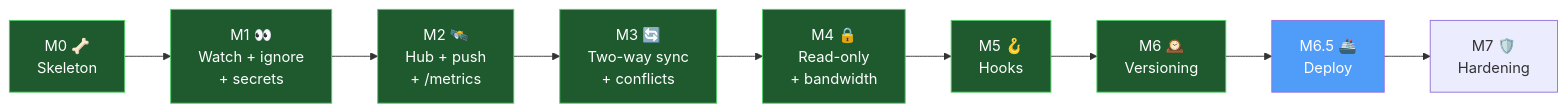
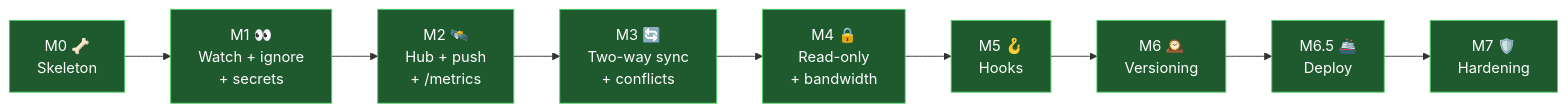
Before and after one commit to shoemoney/devbox: the sixth of 6 diagrams in README.md, drawn with Mermaid. The commit also changed other lines of this file and 1 other file, not shown here.

````diff
--- a/README.md
+++ b/README.md
@@ -459,19 +458,20 @@
 ```mermaid
 flowchart LR
     M0["M0 🦴\nSkeleton"] --> M1["M1 👀\nWatch + ignore\n+ secrets"]
     M1 --> M2["M2 🛰️\nHub + push\n+ /metrics"]
     M2 --> M3["M3 🔄\nTwo-way sync\n+ conflicts"]
     M3 --> M4["M4 🔒\nRead-only\n+ bandwidth"]
     M4 --> M5["M5 🪝\nHooks"]
     M5 --> M6["M6 🕰️\nVersioning"]
     M6 --> M65["M6.5 🚢\nDeploy"]
     M65 --> M7["M7 🛡️\nHardening"]
     style M0 fill:#1e5a2e,stroke:#51cf66,color:#fff
     style M1 fill:#1e5a2e,stroke:#51cf66,color:#fff
     style M2 fill:#1e5a2e,stroke:#51cf66,color:#fff
     style M3 fill:#1e5a2e,stroke:#51cf66,color:#fff
     style M4 fill:#1e5a2e,stroke:#51cf66,color:#fff
     style M5 fill:#1e5a2e,stroke:#51cf66,color:#fff
     style M6 fill:#1e5a2e,stroke:#51cf66,color:#fff
-    style M65 fill:#4F9CF9,color:#fff
+    style M65 fill:#1e5a2e,stroke:#51cf66,color:#fff
+    style M7 fill:#1e5a2e,stroke:#51cf66,color:#fff
 ```
````
